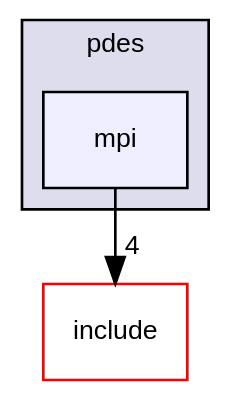
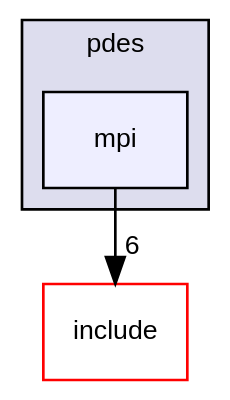
The diagram in dir_d30ee247edb6922479131ed25252b151_dep.dot (luca-heltai/fsi-suite), drawn with Graphviz before and after one commit. The commit also changed 742 other files, not shown here.

```diff
--- a/dir_d30ee247edb6922479131ed25252b151_dep.dot
+++ b/dir_d30ee247edb6922479131ed25252b151_dep.dot
@@ -1,12 +1,12 @@
 digraph "source/pdes/mpi" {
   bgcolor=transparent;
   compound=true
   node [ fontsize="10", fontname="Helvetica"];
   edge [ labelfontsize="10", labelfontname="Helvetica"];
   subgraph clusterdir_863924b7d266e6f7561da03323982265 {
     graph [ bgcolor="#ddddee", pencolor="black", label="pdes" fontname="Helvetica", fontsize="10", URL="dir_863924b7d266e6f7561da03323982265.html"]
   dir_d30ee247edb6922479131ed25252b151 [shape=box, label="mpi", style="filled", fillcolor="#eeeeff", pencolor="black", URL="dir_d30ee247edb6922479131ed25252b151.html"];
   }
   dir_d44c64559bbebec7f509842c48db8b23 [shape=box label="include" color="red" URL="dir_d44c64559bbebec7f509842c48db8b23.html"];
-  dir_d30ee247edb6922479131ed25252b151->dir_d44c64559bbebec7f509842c48db8b23 [headlabel="4", labeldistance=1.5 headhref="dir_000011_000002.html"];
+  dir_d30ee247edb6922479131ed25252b151->dir_d44c64559bbebec7f509842c48db8b23 [headlabel="6", labeldistance=1.5 headhref="dir_000011_000002.html"];
 }
```
